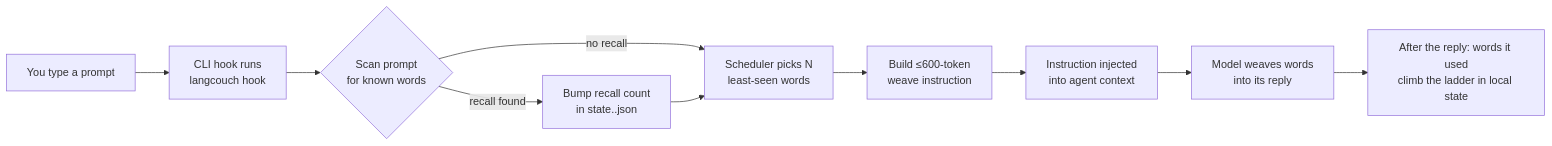
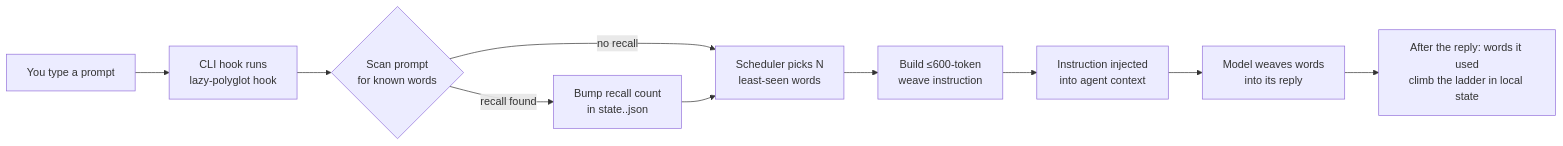
One commit to shmsk/LangCouch changed the diagram in README.md. Above: the diagram before and after it, drawn with Mermaid. The commit also changed other lines of this file and 92 other files, not shown here.

First line of the commit message:
0.9.7: LangCouch is now Lazy Polyglot

````diff
--- a/README.md
+++ b/README.md
@@ -175,12 +185,12 @@
 ```mermaid
 flowchart LR
-    A[You type a prompt] --> B[CLI hook runs<br/>langcouch hook]
+    A[You type a prompt] --> B[CLI hook runs<br/>lazy-polyglot hook]
     B --> C{Scan prompt<br/>for known words}
     C -->|recall found| D[Bump recall count<br/>in state.<lang>.json]
     C -->|no recall| E[Scheduler picks N<br/>least-seen words]
     D --> E
     E --> F[Build ≤600-token<br/>weave instruction]
     F --> G[Instruction injected<br/>into agent context]
     G --> H[Model weaves words<br/>into its reply]
     H --> I[After the reply: words it used<br/>climb the ladder in local state]
 ```
````
